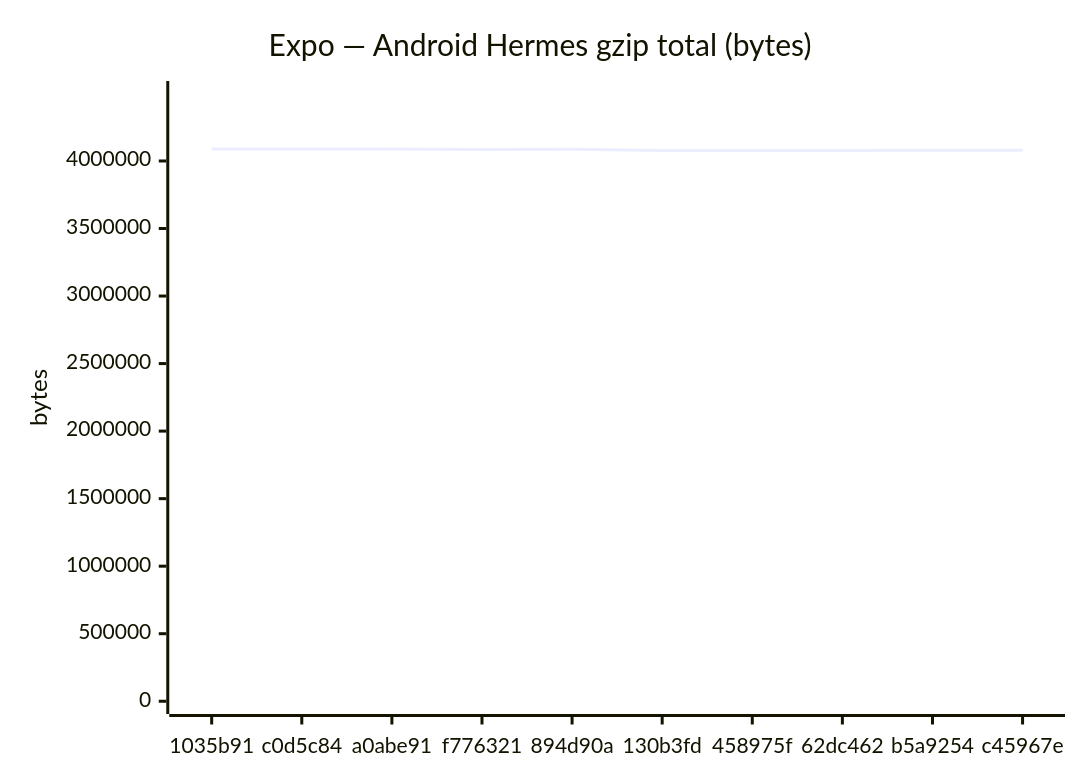
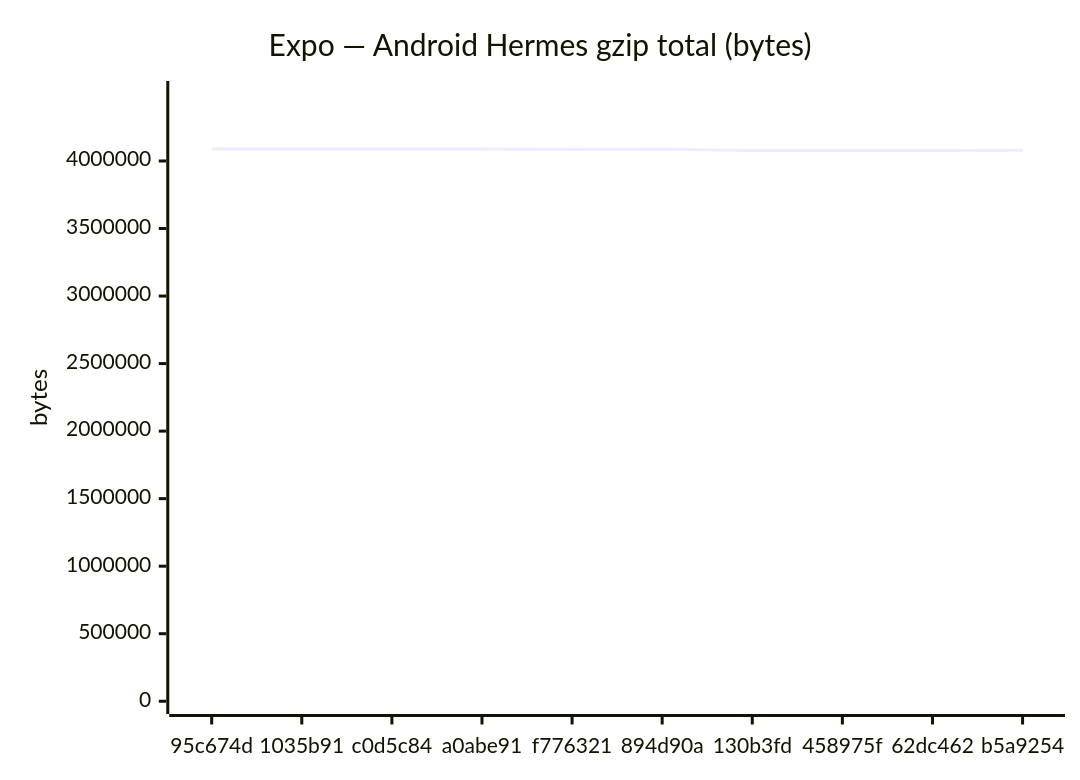
The fifth of 18 diagrams in benchmarks/compare.md (Metaheurist/Rianell), drawn with Mermaid before and after one commit. The commit also changed other lines of this file and 11 other files, not shown here.

````diff
--- a/benchmarks/compare.md
+++ b/benchmarks/compare.md
@@ -89,7 +89,7 @@
 ```mermaid
 xychart-beta
     title "Expo — Android Hermes gzip total (bytes)"
-    x-axis ["1035b91", "c0d5c84", "a0abe91", "f776321", "894d90a", "130b3fd", "458975f", "62dc462", "b5a9254", "c45967e"]
-    y-axis "bytes" 0 --> 4497695
-    line [4088813, 4088813, 4088812, 4085830, 4086643, 4077332, 4077341, 4077340, 4078885, 4078896]
+    x-axis ["95c674d", "1035b91", "c0d5c84", "a0abe91", "f776321", "894d90a", "130b3fd", "458975f", "62dc462", "b5a9254"]
+    y-axis "bytes" 0 --> 4497696
+    line [4088814, 4088813, 4088813, 4088812, 4085830, 4086643, 4077332, 4077341, 4077340, 4078885]
 ```
````
